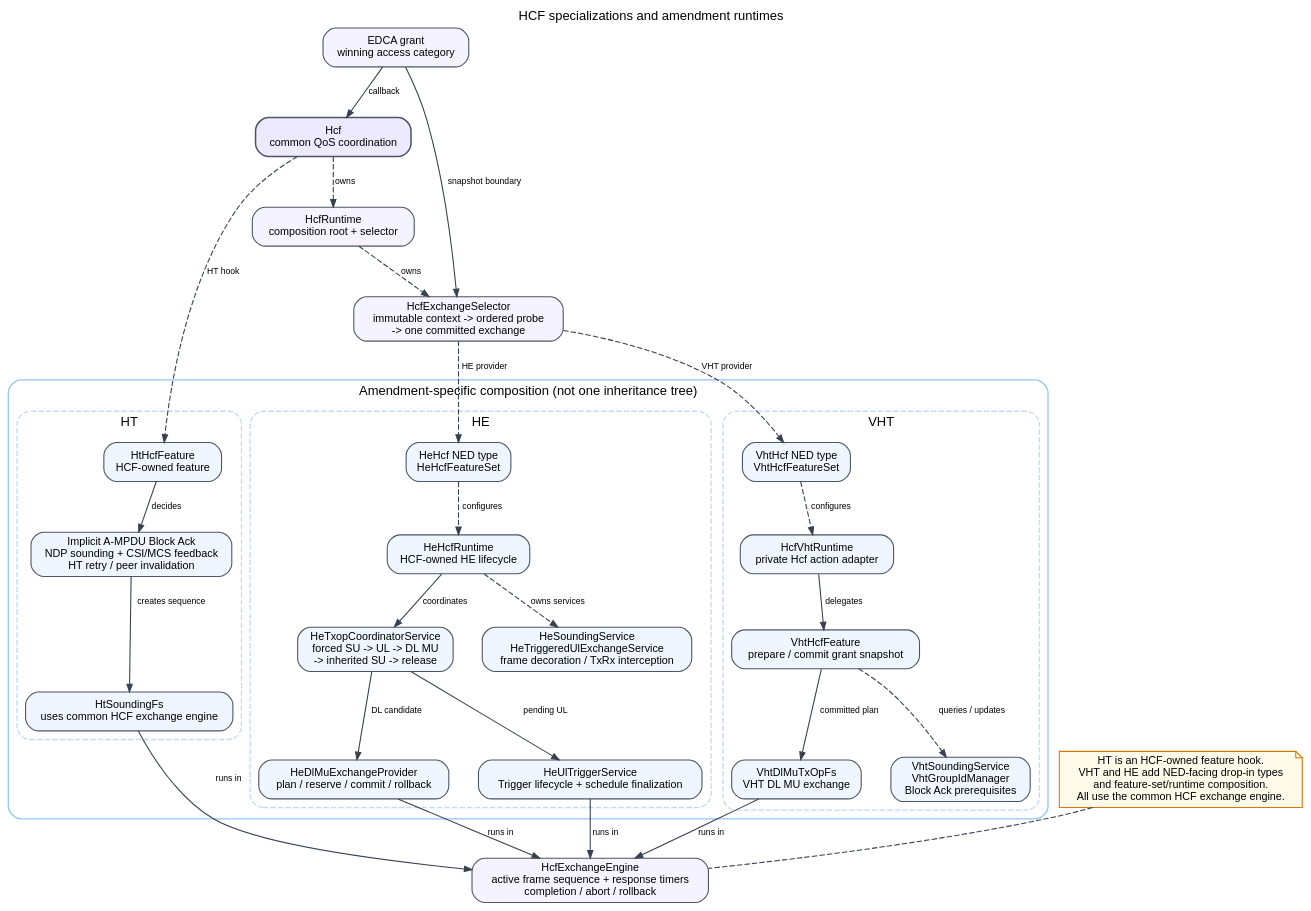
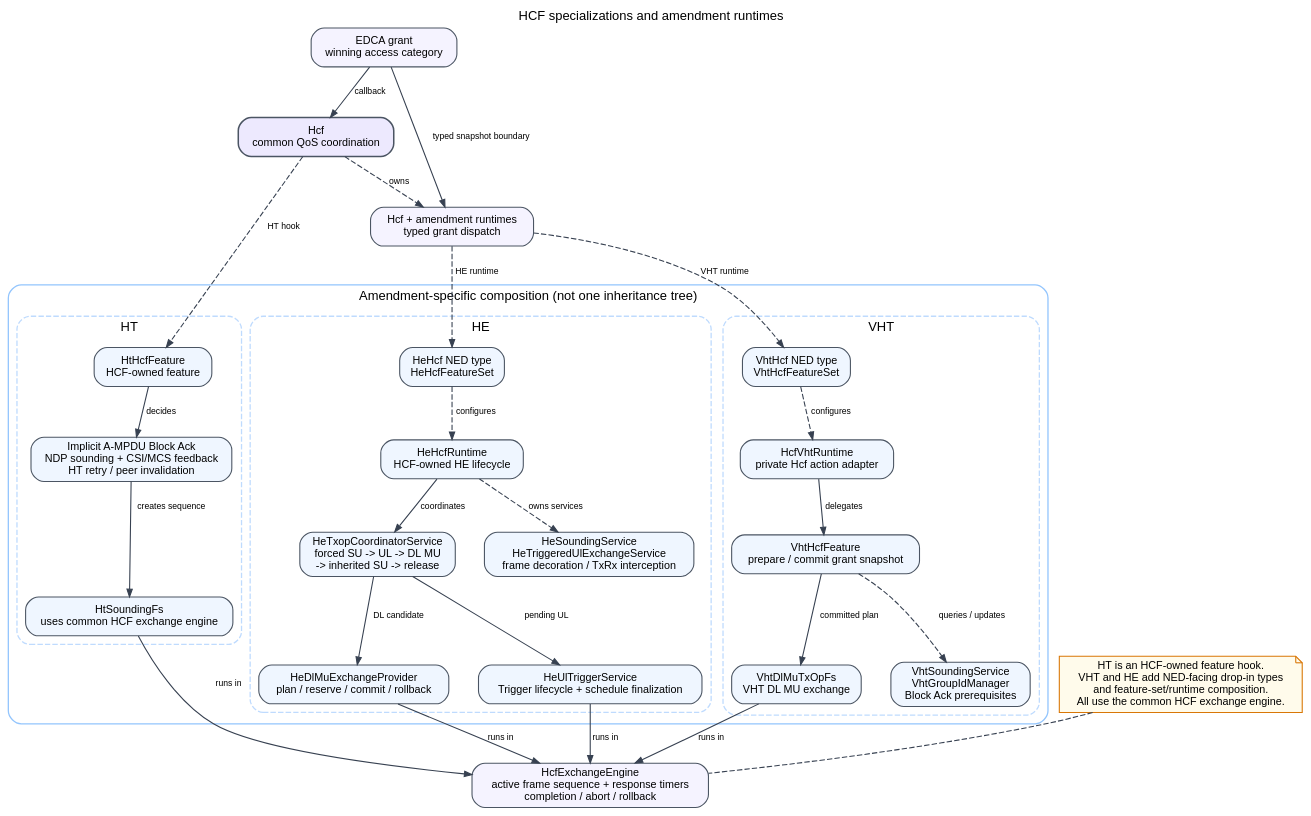
Before and after one commit to mgonzalezlopezudc/inet: the diagram in doc/src/developers-guide/figures/ieee80211_hcf_specializations.dot, drawn with Graphviz. The commit also changed 47 other files, not shown here.

```diff
--- a/doc/src/developers-guide/figures/ieee80211_hcf_specializations.dot
+++ b/doc/src/developers-guide/figures/ieee80211_hcf_specializations.dot
@@ -1,78 +1,76 @@
 digraph ieee80211_hcf_specializations {
     graph [rankdir=TB, newrank=true, compound=true, bgcolor="transparent",
         pad="0.12", nodesep="0.38", ranksep="0.52", fontname="Helvetica",
         fontsize=12, label="HCF specializations and amendment runtimes", labelloc=t]
     node [shape=box, style="rounded,filled", fillcolor="white", color="#4b5563",
         fontname="Helvetica", fontsize=10, margin="0.10,0.06"]
     edge [fontname="Helvetica", fontsize=8, color="#374151", arrowsize=0.7]
 
     grant [label="EDCA grant\nwinning access category", fillcolor="#f5f3ff"]
     hcf [label="Hcf\ncommon QoS coordination", fillcolor="#ede9fe", penwidth=1.4]
-    runtime [label="HcfRuntime\ncomposition root + selector", fillcolor="#f5f3ff"]
-    selector [label="HcfExchangeSelector\nimmutable context -> ordered probe\n-> one committed exchange", fillcolor="#f5f3ff"]
+    runtime [label="Hcf + amendment runtimes\ntyped grant dispatch", fillcolor="#f5f3ff"]
     engine [label="HcfExchangeEngine\nactive frame sequence + response timers\ncompletion / abort / rollback", fillcolor="#f5f3ff"]
 
     grant -> hcf [label="callback"]
     hcf -> runtime [style=dashed, label="owns"]
-    runtime -> selector [style=dashed, label="owns"]
-    grant -> selector [label="snapshot boundary"]
+    grant -> runtime [label="typed snapshot boundary"]
 
     subgraph cluster_amendments {
         label="Amendment-specific composition (not one inheritance tree)"
         color="#93c5fd"; style="rounded"; penwidth=1.2
 
         subgraph cluster_ht {
             label="HT"
             color="#bfdbfe"; style="rounded,dashed"
             htRoot [label="HtHcfFeature\nHCF-owned feature", fillcolor="#eff6ff"]
             htPolicy [label="Implicit A-MPDU Block Ack\nNDP sounding + CSI/MCS feedback\nHT retry / peer invalidation", fillcolor="#eff6ff"]
             htSequence [label="HtSoundingFs\nuses common HCF exchange engine", fillcolor="#eff6ff"]
             htRoot -> htPolicy [label="decides"]
             htPolicy -> htSequence [label="creates sequence"]
         }
 
         subgraph cluster_vht {
             label="VHT"
             color="#bfdbfe"; style="rounded,dashed"
             vhtRoot [label="VhtHcf NED type\nVhtHcfFeatureSet", fillcolor="#eff6ff"]
             vhtRuntime [label="HcfVhtRuntime\nprivate Hcf action adapter", fillcolor="#eff6ff"]
             vhtFeature [label="VhtHcfFeature\nprepare / commit grant snapshot", fillcolor="#eff6ff"]
             vhtServices [label="VhtSoundingService\nVhtGroupIdManager\nBlock Ack prerequisites", fillcolor="#eff6ff"]
             vhtSequence [label="VhtDlMuTxOpFs\nVHT DL MU exchange", fillcolor="#eff6ff"]
             vhtRoot -> vhtRuntime [style=dashed, label="configures"]
             vhtRuntime -> vhtFeature [label="delegates"]
             vhtFeature -> vhtServices [style=dashed, label="queries / updates"]
             vhtFeature -> vhtSequence [label="committed plan"]
         }
 
         subgraph cluster_he {
             label="HE"
             color="#bfdbfe"; style="rounded,dashed"
             heRoot [label="HeHcf NED type\nHeHcfFeatureSet", fillcolor="#eff6ff"]
             heRuntime [label="HeHcfRuntime\nHCF-owned HE lifecycle", fillcolor="#eff6ff"]
             heCoordinator [label="HeTxopCoordinatorService\nforced SU -> UL -> DL MU\n-> inherited SU -> release", fillcolor="#eff6ff"]
             heDl [label="HeDlMuExchangeProvider\nplan / reserve / commit / rollback", fillcolor="#eff6ff"]
             heUl [label="HeUlTriggerService\nTrigger lifecycle + schedule finalization", fillcolor="#eff6ff"]
             heServices [label="HeSoundingService\nHeTriggeredUlExchangeService\nframe decoration / TxRx interception", fillcolor="#eff6ff"]
             heRoot -> heRuntime [style=dashed, label="configures"]
             heRuntime -> heCoordinator [label="coordinates"]
             heCoordinator -> heDl [label="DL candidate"]
             heCoordinator -> heUl [label="pending UL"]
             heRuntime -> heServices [style=dashed, label="owns services"]
         }
 
         {rank=same; htRoot; vhtRoot; heRoot}
     }
 
     hcf -> htRoot [style=dashed, label="HT hook"]
-    selector -> vhtRoot [style=dashed, label="VHT provider"]
-    selector -> heRoot [style=dashed, label="HE provider"]
+    runtime -> vhtRoot [style=dashed, label="VHT runtime"]
+    runtime -> heRoot [style=dashed, label="HE runtime"]
     htSequence -> engine [label="runs in"]
     vhtSequence -> engine [label="runs in"]
     heDl -> engine [label="runs in"]
     heUl -> engine [label="runs in"]
 
     note [shape=note, fillcolor="#fffbeb", color="#d97706",
         label="HT is an HCF-owned feature hook.\nVHT and HE add NED-facing drop-in types\nand feature-set/runtime composition.\nAll use the common HCF exchange engine."]
     note -> engine [style=dashed, arrowhead=none]
 }
```
